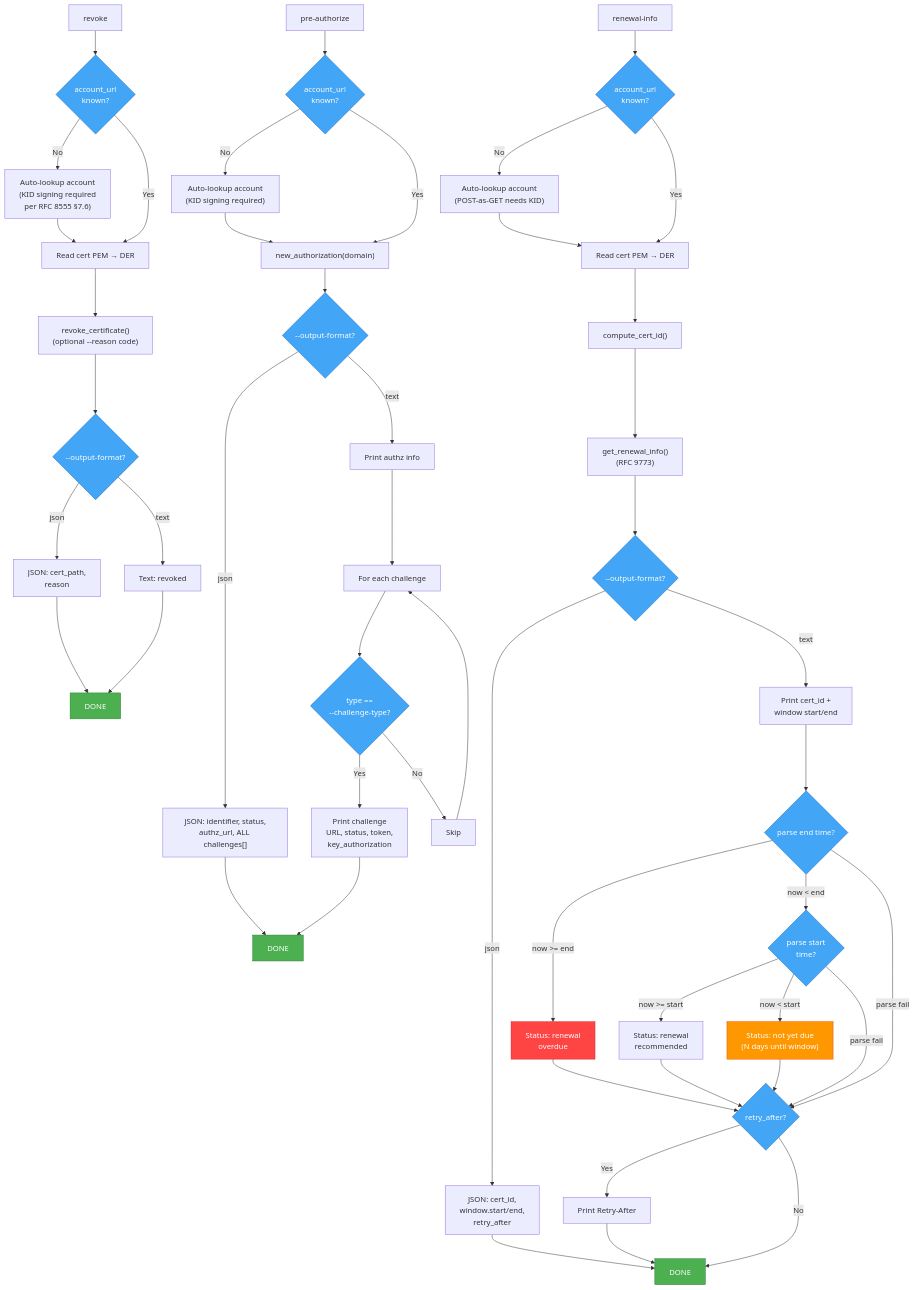
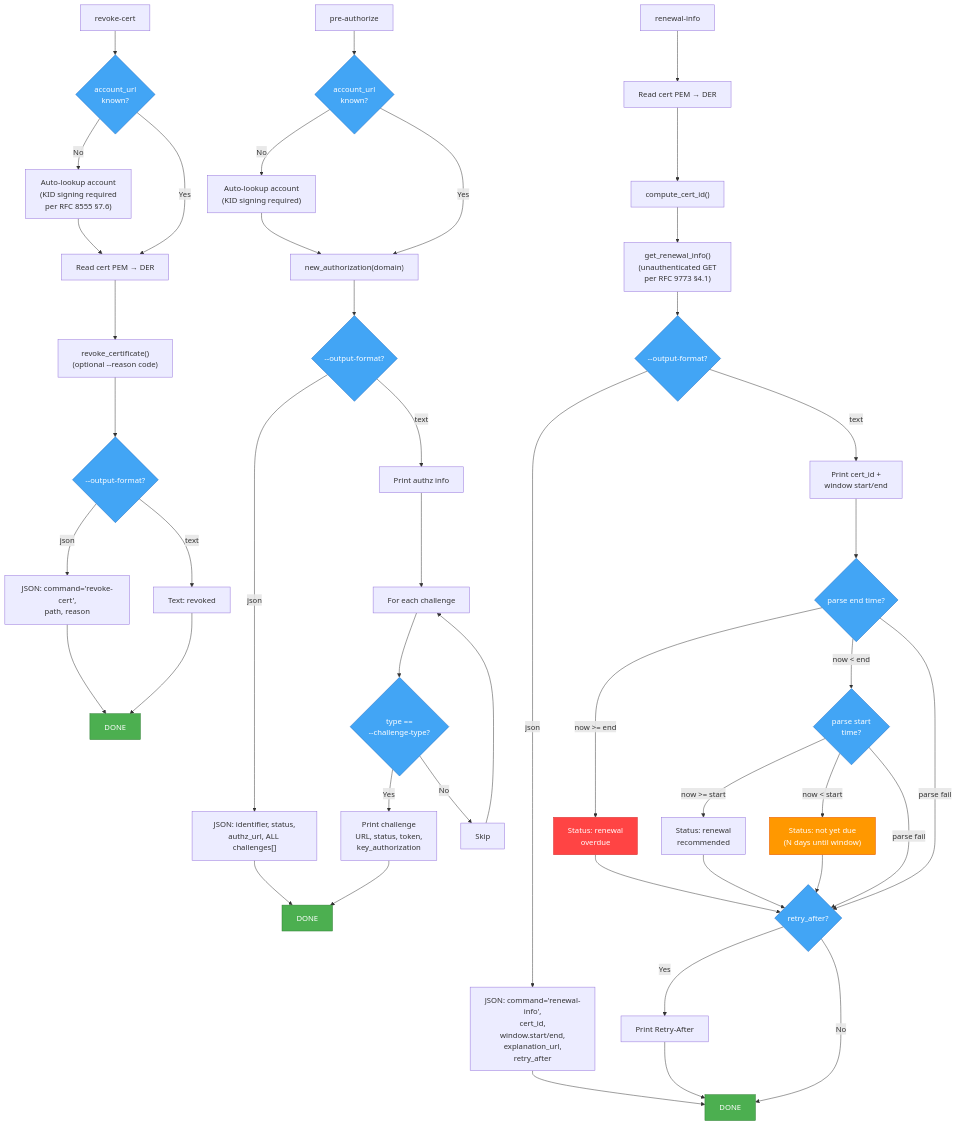
Before and after one commit to andrico21/acme-client-rs: the eighth of 8 diagrams in PARAMETER-FLOW.md, drawn with Mermaid. The commit also changed other lines of this file, not shown here.

````diff
--- a/PARAMETER-FLOW.md
+++ b/PARAMETER-FLOW.md
@@ -497,66 +545,63 @@
 ```mermaid
 graph TD
-    %% === revoke ===
-    RV["revoke"] --> RV_URL{"account_url<br/>known?"}
+    %% === revoke-cert ===
+    RV["revoke-cert"] --> RV_URL{"account_url<br/>known?"}
     RV_URL -- No --> RV_LOOKUP["Auto-lookup account<br/>(KID signing required<br/>per RFC 8555 §7.6)"]
     RV_URL -- Yes --> RV_READ
     RV_LOOKUP --> RV_READ["Read cert PEM → DER"]
     RV_READ --> RV_CALL["revoke_certificate()<br/>(optional --reason code)"]
     RV_CALL --> RV_FMT{"--output-format?"}
-    RV_FMT -- json --> RV_JSON["JSON: cert_path,<br/>reason"]
+    RV_FMT -- json --> RV_JSON["JSON: command='revoke-cert',<br/>path, reason"]
     RV_FMT -- text --> RV_TEXT["Text: revoked"]
     RV_JSON --> RV_DONE["DONE"]
     RV_TEXT --> RV_DONE
 
     %% === pre-authorize ===
     PA["pre-authorize"] --> PA_URL{"account_url<br/>known?"}
     PA_URL -- No --> PA_LOOKUP["Auto-lookup account<br/>(KID signing required)"]
     PA_URL -- Yes --> PA_CALL
     PA_LOOKUP --> PA_CALL["new_authorization(domain)"]
     PA_CALL --> PA_FMT{"--output-format?"}
     PA_FMT -- json --> PA_JSON["JSON: identifier, status,<br/>authz_url, ALL challenges[]"]
     PA_FMT -- text --> PA_TEXT["Print authz info"]
     PA_JSON --> PA_DONE["DONE"]
     PA_TEXT --> PA_LOOP["For each challenge"]
     PA_LOOP --> PA_MATCH{"type ==<br/>--challenge-type?"}
     PA_MATCH -- Yes --> PA_SHOW["Print challenge<br/>URL, status, token,<br/>key_authorization"]
     PA_MATCH -- No --> PA_SKIP["Skip"]
     PA_SHOW --> PA_DONE["DONE"]
     PA_SKIP --> PA_LOOP
 
     %% === renewal-info ===
-    RI["renewal-info"] --> RI_URL{"account_url<br/>known?"}
-    RI_URL -- No --> RI_LOOKUP["Auto-lookup account<br/>(POST-as-GET needs KID)"]
-    RI_URL -- Yes --> RI_READ
-    RI_LOOKUP --> RI_READ["Read cert PEM → DER"]
+    RI["renewal-info"] --> RI_READ["Read cert PEM → DER"]
     RI_READ --> RI_CID["compute_cert_id()"]
-    RI_CID --> RI_CALL["get_renewal_info()<br/>(RFC 9773)"]
+    RI_CID --> RI_CALL["get_renewal_info()<br/>(unauthenticated GET<br/>per RFC 9773 §4.1)"]
     RI_CALL --> RI_FMT{"--output-format?"}
 
-    RI_FMT -- json --> RI_JSON["JSON: cert_id,<br/>window.start/end,<br/>retry_after"]
+    RI_FMT -- json --> RI_JSON["JSON: command='renewal-info',<br/>cert_id,<br/>window.start/end,<br/>explanation_url,<br/>retry_after"]
     RI_JSON --> RI_DONE["DONE"]
 
     RI_FMT -- text --> RI_PRINT["Print cert_id +<br/>window start/end"]
     RI_PRINT --> RI_PARSE_END{"parse end time?"}
     RI_PARSE_END -- "now >= end" --> RI_OVERDUE["Status: renewal<br/>overdue"]
     RI_PARSE_END -- "now < end" --> RI_PARSE_START{"parse start<br/>time?"}
     RI_PARSE_END -- "parse fail" --> RI_RETRY
     RI_PARSE_START -- "now >= start" --> RI_RECO["Status: renewal<br/>recommended"]
     RI_PARSE_START -- "now < start" --> RI_WAIT["Status: not yet due<br/>(N days until window)"]
     RI_PARSE_START -- "parse fail" --> RI_RETRY
     RI_OVERDUE --> RI_RETRY{"retry_after?"}
     RI_RECO --> RI_RETRY
     RI_WAIT --> RI_RETRY
     RI_RETRY -- Yes --> RI_RETRY_PRINT["Print Retry-After"]
     RI_RETRY -- No --> RI_DONE
     RI_RETRY_PRINT --> RI_DONE
 
     classDef success fill:#4caf50,color:white,stroke:#2e7d32
     classDef decision fill:#42a5f5,color:white,stroke:#1565c0
     classDef error fill:#f44,color:white,stroke:#d32f2f
     classDef skip fill:#ff9800,color:white,stroke:#e65100
     class RV_DONE,PA_DONE,RI_DONE success
     class RI_OVERDUE error
     class RI_WAIT skip
-    class RV_URL,RV_FMT,PA_URL,PA_FMT,PA_MATCH,RI_URL,RI_FMT,RI_PARSE_END,RI_PARSE_START,RI_RETRY decision
+    class RV_URL,RV_FMT,PA_URL,PA_FMT,PA_MATCH,RI_FMT,RI_PARSE_END,RI_PARSE_START,RI_RETRY decision
 ```
````
